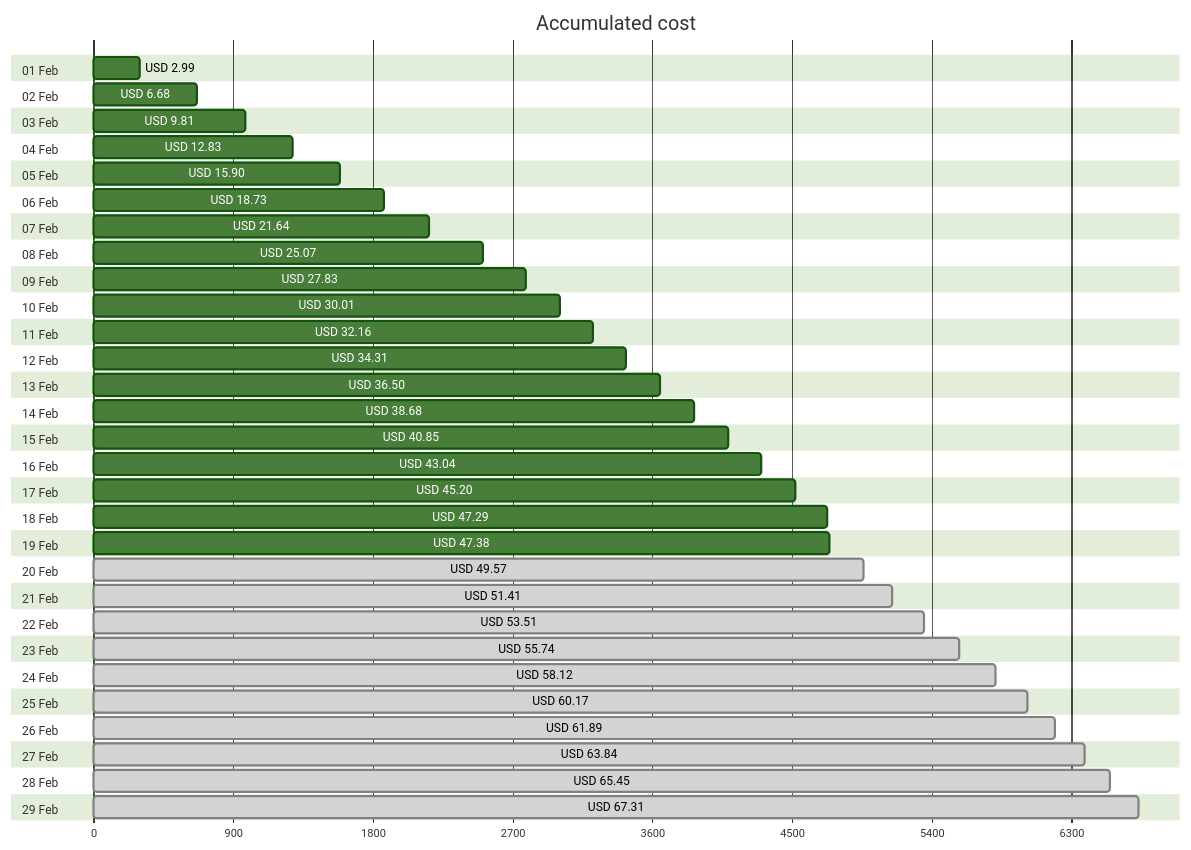
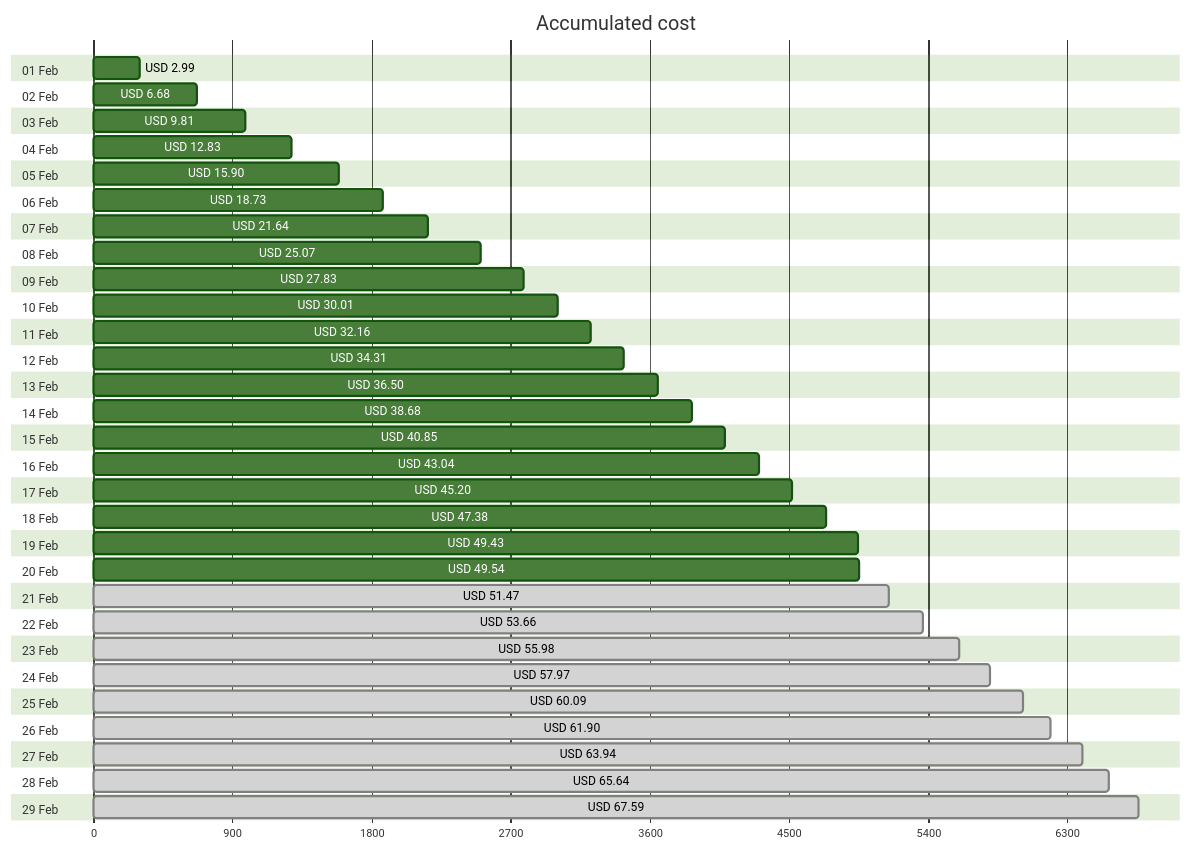
The first of 4 diagrams in cost-reports/accumulated-cost.md (jpfulton/azure-personal-reports), drawn with Mermaid (forest theme) before and after one commit. The commit also changed other lines of this file and 4 other files, not shown here.

````diff
--- a/cost-reports/accumulated-cost.md
+++ b/cost-reports/accumulated-cost.md
@@ -20,64 +20,64 @@
 ```mermaid
 gantt
    title Accumulated cost
    dateFormat  X
    axisFormat %s
    section 01 Feb
    USD 2.99 :0, 299
    section 02 Feb
    USD 6.68 :0, 668
    section 03 Feb
    USD 9.81 :0, 981
    section 04 Feb
    USD 12.83 :0, 1283
    section 05 Feb
    USD 15.90 :0, 1590
    section 06 Feb
    USD 18.73 :0, 1873
    section 07 Feb
    USD 21.64 :0, 2164
    section 08 Feb
    USD 25.07 :0, 2507
    section 09 Feb
    USD 27.83 :0, 2783
    section 10 Feb
    USD 30.01 :0, 3001
    section 11 Feb
    USD 32.16 :0, 3216
    section 12 Feb
    USD 34.31 :0, 3431
    section 13 Feb
    USD 36.50 :0, 3650
    section 14 Feb
    USD 38.68 :0, 3868
    section 15 Feb
    USD 40.85 :0, 4085
    section 16 Feb
    USD 43.04 :0, 4304
    section 17 Feb
    USD 45.20 :0, 4520
    section 18 Feb
-   USD 47.29 :0, 4729
+   USD 47.38 :0, 4738
    section 19 Feb
-   USD 47.38 :0, 4738
+   USD 49.43 :0, 4943
    section 20 Feb
-   USD 49.57 : done, 0, 4957
+   USD 49.54 :0, 4954
    section 21 Feb
-   USD 51.41 : done, 0, 5141
+   USD 51.47 : done, 0, 5147
    section 22 Feb
-   USD 53.51 : done, 0, 5351
+   USD 53.66 : done, 0, 5366
    section 23 Feb
-   USD 55.74 : done, 0, 5574
+   USD 55.98 : done, 0, 5598
    section 24 Feb
-   USD 58.12 : done, 0, 5812
+   USD 57.97 : done, 0, 5797
    section 25 Feb
-   USD 60.17 : done, 0, 6017
+   USD 60.09 : done, 0, 6009
    section 26 Feb
-   USD 61.89 : done, 0, 6189
+   USD 61.90 : done, 0, 6190
    section 27 Feb
-   USD 63.84 : done, 0, 6384
+   USD 63.94 : done, 0, 6394
    section 28 Feb
-   USD 65.45 : done, 0, 6545
+   USD 65.64 : done, 0, 6564
    section 29 Feb
-   USD 67.31 : done, 0, 6731
+   USD 67.59 : done, 0, 6759
 ```
````
